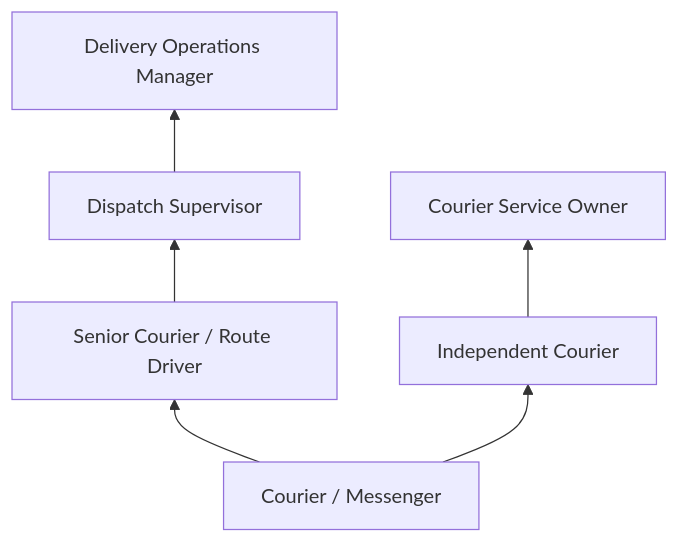
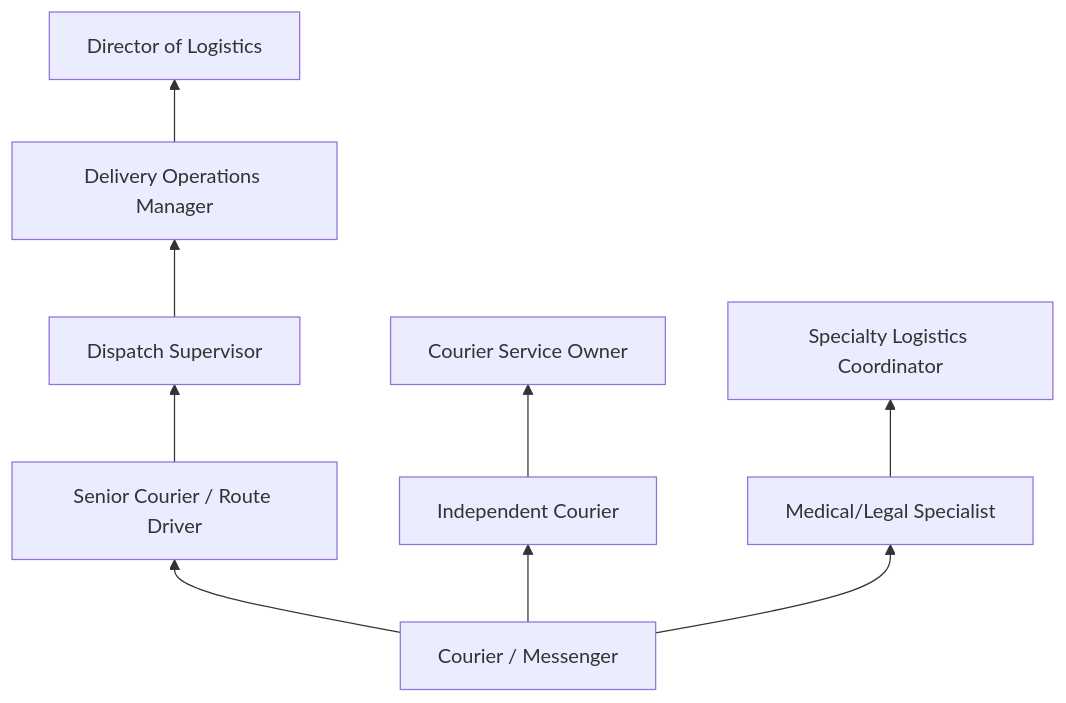
One commit to kziemski/business.org.ai changed the third of 4 diagrams in occupations/Administrative/CouriersAndMessengers.mdx. Above: the diagram before and after it, drawn with Mermaid. The commit also changed other lines of this file and 13418 other files, not shown here.

First line of the commit message:
feat: add sequence diagrams and enrich occupations and industry processes

````diff
--- a/occupations/Administrative/CouriersAndMessengers.mdx
+++ b/occupations/Administrative/CouriersAndMessengers.mdx
@@ -74,9 +136,13 @@
 ```mermaid
 graph BT
     Entry["Courier / Messenger"] --> Mid["Senior Courier / Route Driver"]
     Mid --> Supervisor["Dispatch Supervisor"]
     Supervisor --> Manager["Delivery Operations Manager"]
+    Manager --> Director["Director of Logistics"]
 
     Entry --> Independent["Independent Courier"]
     Independent --> Owner["Courier Service Owner"]
+
+    Entry --> Specialized["Medical/Legal Specialist"]
+    Specialized --> Coordinator["Specialty Logistics Coordinator"]
 ```
````
